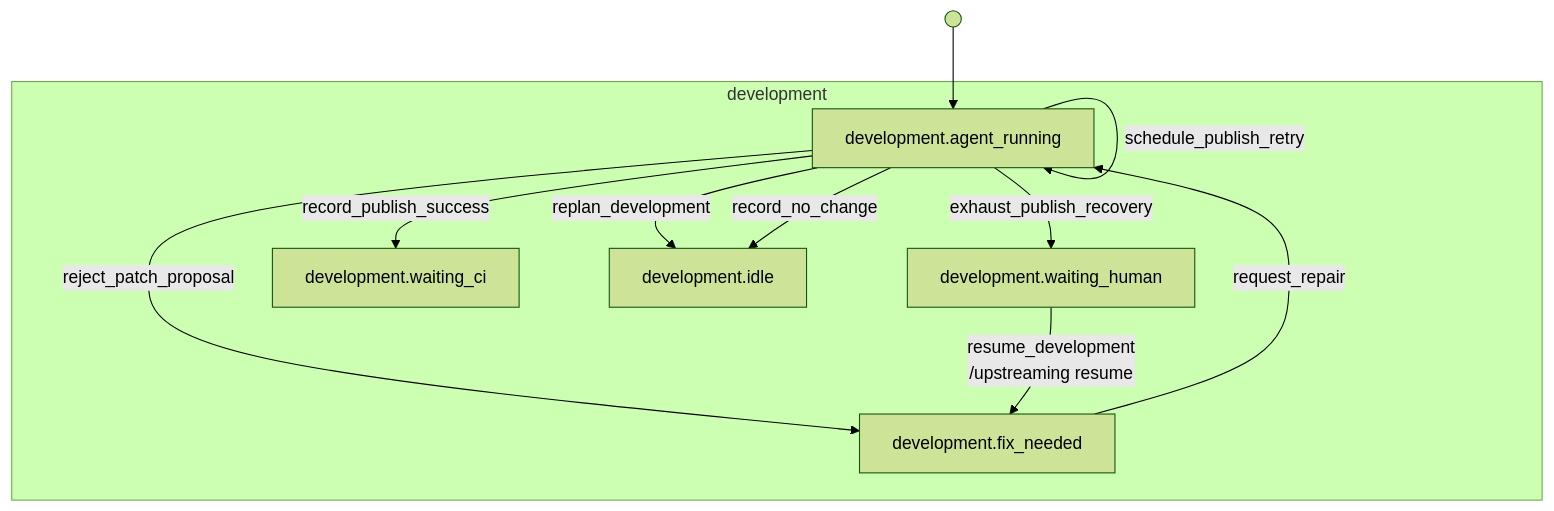
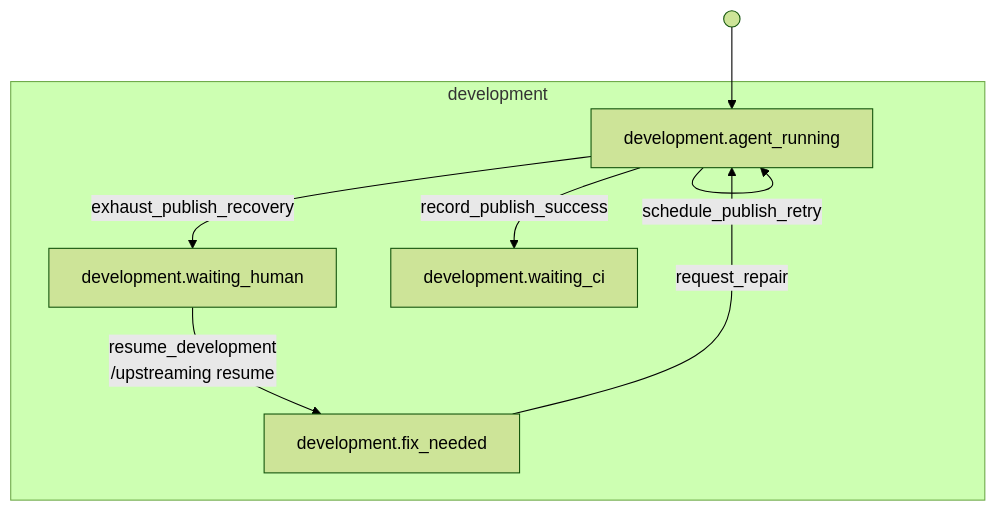
Before and after one commit to riseproject-dev/porting-agent: the eighth of 30 diagrams in docs/state-machine/index.md, drawn with Mermaid (forest theme). The commit also changed other lines of this file and 9 other files, not shown here.

````diff
--- a/docs/state-machine/index.md
+++ b/docs/state-machine/index.md
@@ -371,20 +303,16 @@
 ```mermaid
 flowchart TB
     subgraph development["development"]
         development_agent_running["development.agent_running"]
         development_fix_needed["development.fix_needed"]
         development_waiting_human["development.waiting_human"]
         development_waiting_ci["development.waiting_ci"]
-        development_idle["development.idle"]
     end
 
     start_1(( )) --> development_agent_running
     development_agent_running -->|record_publish_success| development_waiting_ci
-    development_agent_running -->|reject_patch_proposal| development_fix_needed
+    development_agent_running -->|schedule_publish_retry| development_agent_running
     development_agent_running -->|exhaust_publish_recovery| development_waiting_human
+    development_waiting_human -->|resume_development<br/>/upstreaming resume| development_fix_needed
     development_fix_needed -->|request_repair| development_agent_running
-    development_waiting_human -->|resume_development<br/>/upstreaming resume| development_fix_needed
-    development_agent_running -->|schedule_publish_retry| development_agent_running
-    development_agent_running -->|replan_development| development_idle
-    development_agent_running -->|record_no_change| development_idle
 ```
````
